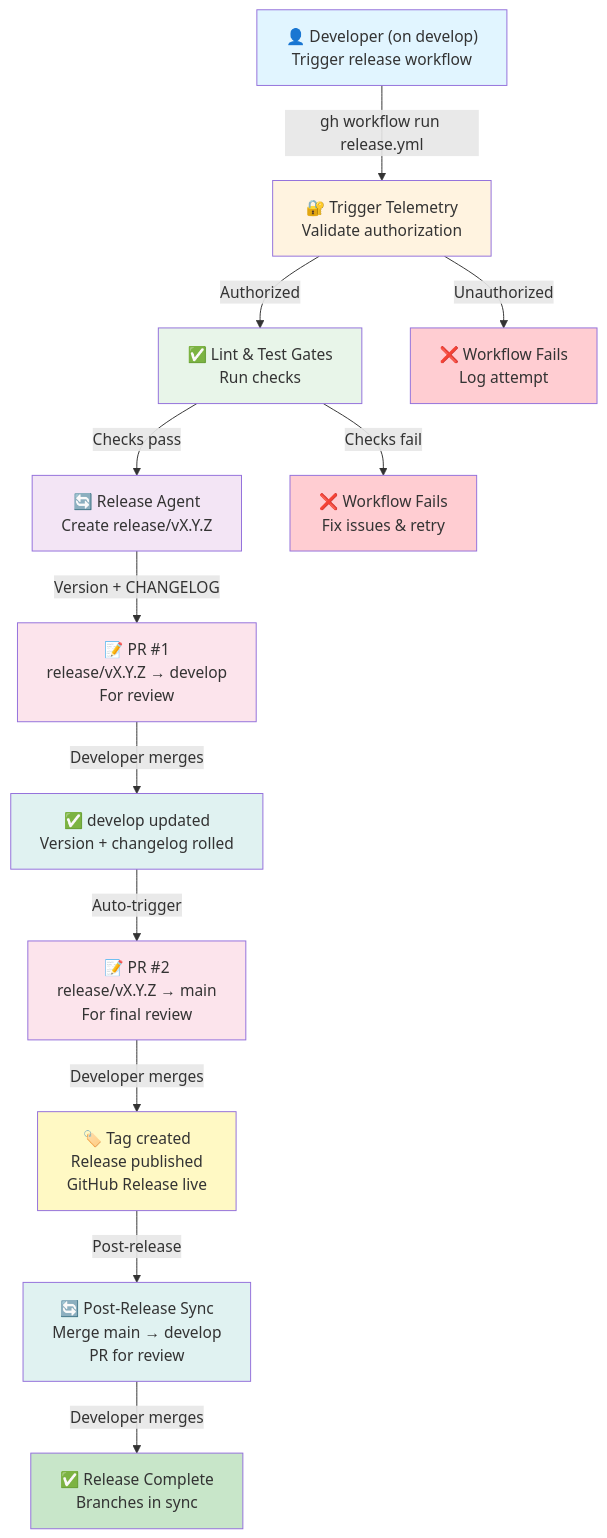
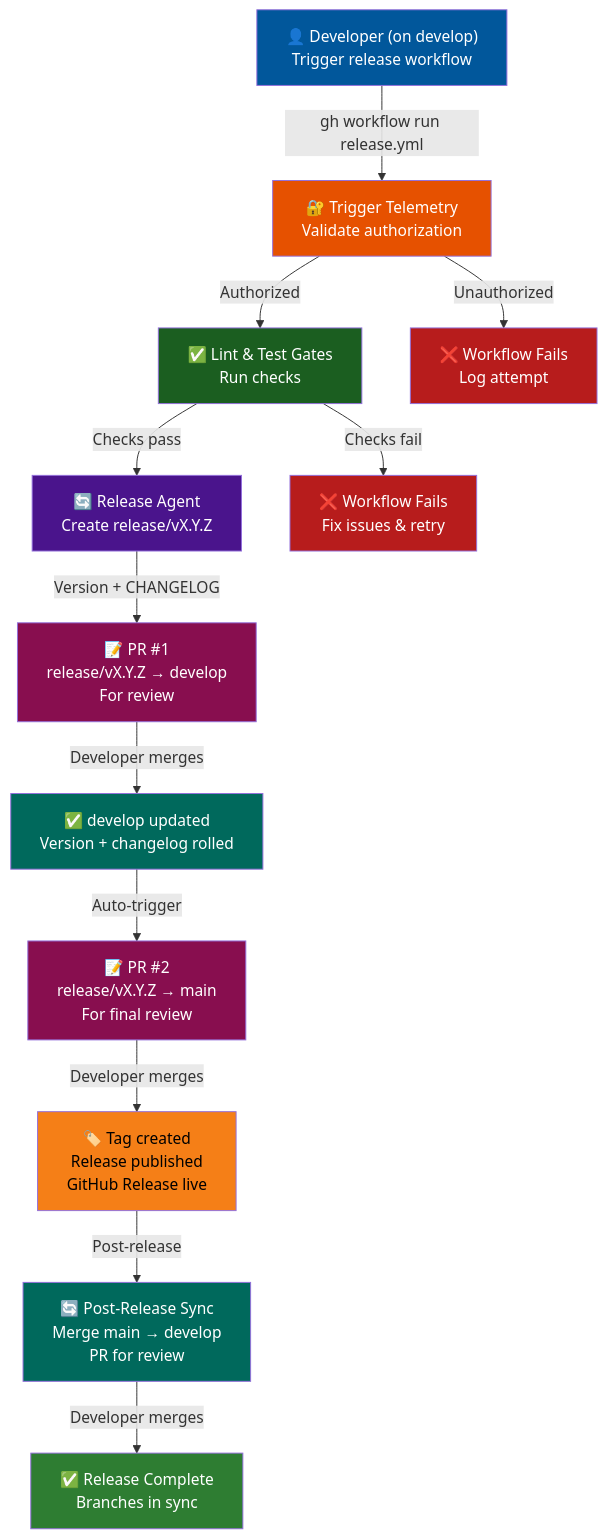
The first of 4 diagrams in docs/RELEASE_PROCESS.md (lightspeedwp/.github), drawn with Mermaid before and after one commit.

Commit message:
fix: Improve Mermaid diagram colors for WCAG AA contrast compliance
Update first diagram with darker colors and explicit text colors to meet
WCAG AA 4.5:1 contrast ratio requirements. Other diagrams to follow based
on review feedback.

Ref: PR #1637

````diff
--- a/docs/RELEASE_PROCESS.md
+++ b/docs/RELEASE_PROCESS.md
@@ -49,27 +49,27 @@
 ```mermaid
 graph TD
     A["👤 Developer (on develop)<br/>Trigger release workflow"] -->|"gh workflow run release.yml"| B["🔐 Trigger Telemetry<br/>Validate authorization"]
     B -->|Authorized| C["✅ Lint & Test Gates<br/>Run checks"]
     B -->|Unauthorized| Z1["❌ Workflow Fails<br/>Log attempt"]
     C -->|Checks pass| D["🔄 Release Agent<br/>Create release/vX.Y.Z"]
     C -->|Checks fail| Z2["❌ Workflow Fails<br/>Fix issues & retry"]
     D -->|"Version + CHANGELOG"| E["📝 PR #1<br/>release/vX.Y.Z → develop<br/>For review"]
     E -->|Developer merges| F["✅ develop updated<br/>Version + changelog rolled"]
     F -->|Auto-trigger| G["📝 PR #2<br/>release/vX.Y.Z → main<br/>For final review"]
     G -->|Developer merges| H["🏷️ Tag created<br/>Release published<br/>GitHub Release live"]
     H -->|Post-release| I["🔄 Post-Release Sync<br/>Merge main → develop<br/>PR for review"]
     I -->|Developer merges| J["✅ Release Complete<br/>Branches in sync"]
     
-    style A fill:#e1f5ff
-    style B fill:#fff3e0
-    style C fill:#e8f5e9
-    style D fill:#f3e5f5
-    style E fill:#fce4ec
-    style F fill:#e0f2f1
-    style G fill:#fce4ec
-    style H fill:#fff9c4
-    style I fill:#e0f2f1
-    style J fill:#c8e6c9
-    style Z1 fill:#ffcdd2
-    style Z2 fill:#ffcdd2
+    style A fill:#01579b,color:#fff
+    style B fill:#e65100,color:#fff
+    style C fill:#1b5e20,color:#fff
+    style D fill:#4a148c,color:#fff
+    style E fill:#880e4f,color:#fff
+    style F fill:#00695c,color:#fff
+    style G fill:#880e4f,color:#fff
+    style H fill:#f57f17,color:#000
+    style I fill:#00695c,color:#fff
+    style J fill:#2e7d32,color:#fff
+    style Z1 fill:#b71c1c,color:#fff
+    style Z2 fill:#b71c1c,color:#fff
 ```
````
